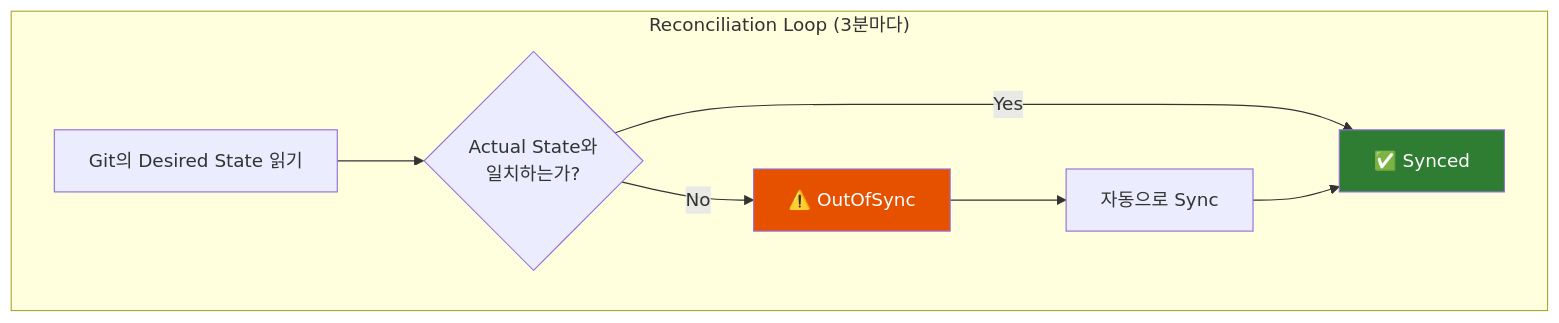
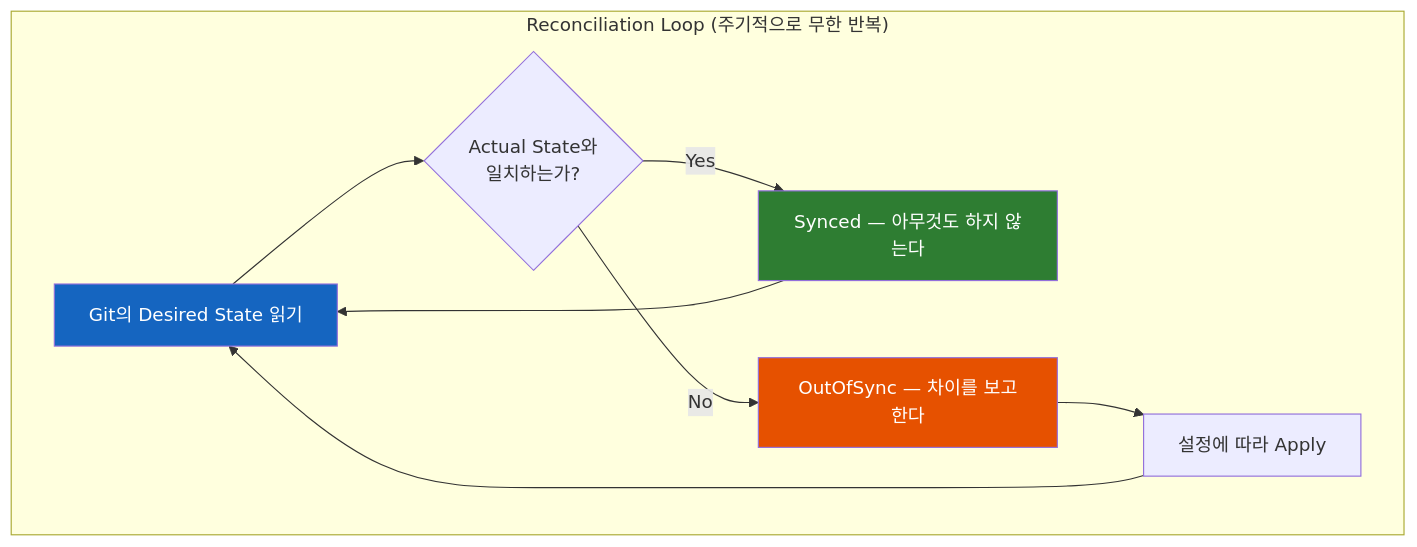
Before and after one commit to sskim91/TIL: the fourth of 12 diagrams in devops/GitOps-Git을-Single-Source-of-Truth로-삼는-운영-모델.md, drawn with Mermaid. The commit also changed other lines of this file and 1 other file, not shown here.

````diff
--- a/devops/GitOps-Git을-Single-Source-of-Truth로-삼는-운영-모델.md
+++ b/devops/GitOps-Git을-Single-Source-of-Truth로-삼는-운영-모델.md
@@ -216,13 +296,15 @@
 ```mermaid
 flowchart TB
-    subgraph Loop["Reconciliation Loop (3분마다)"]
+    subgraph Loop["Reconciliation Loop (주기적으로 무한 반복)"]
         A["Git의 Desired State 읽기"] --> B{"Actual State와<br>일치하는가?"}
-        B -->|"Yes"| C["✅ Synced"]
-        B -->|"No"| D["⚠️ OutOfSync"]
-        D --> E["자동으로 Sync"]
-        E --> C
+        B -->|"Yes"| C["Synced — 아무것도 하지 않는다"]
+        B -->|"No"| D["OutOfSync — 차이를 보고한다"]
+        D --> E["설정에 따라 Apply"]
+        E --> A
+        C --> A
     end
 
     style C fill:#2E7D32,color:#fff
     style D fill:#E65100,color:#fff
+    style A fill:#1565C0,color:#fff
 ```
````
